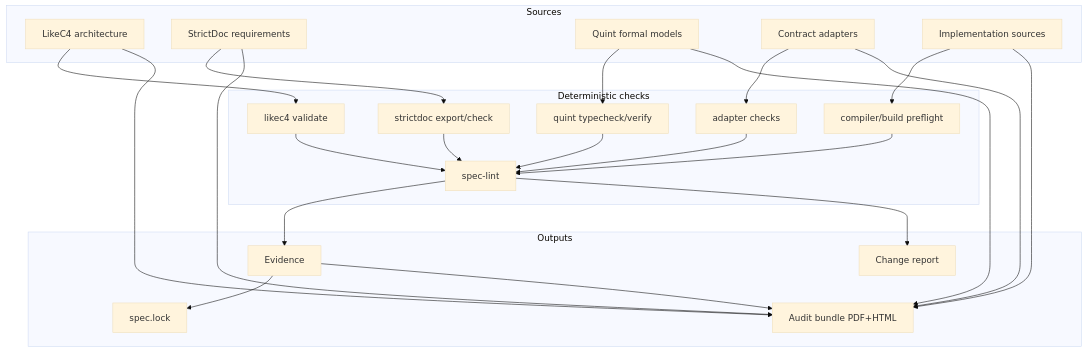
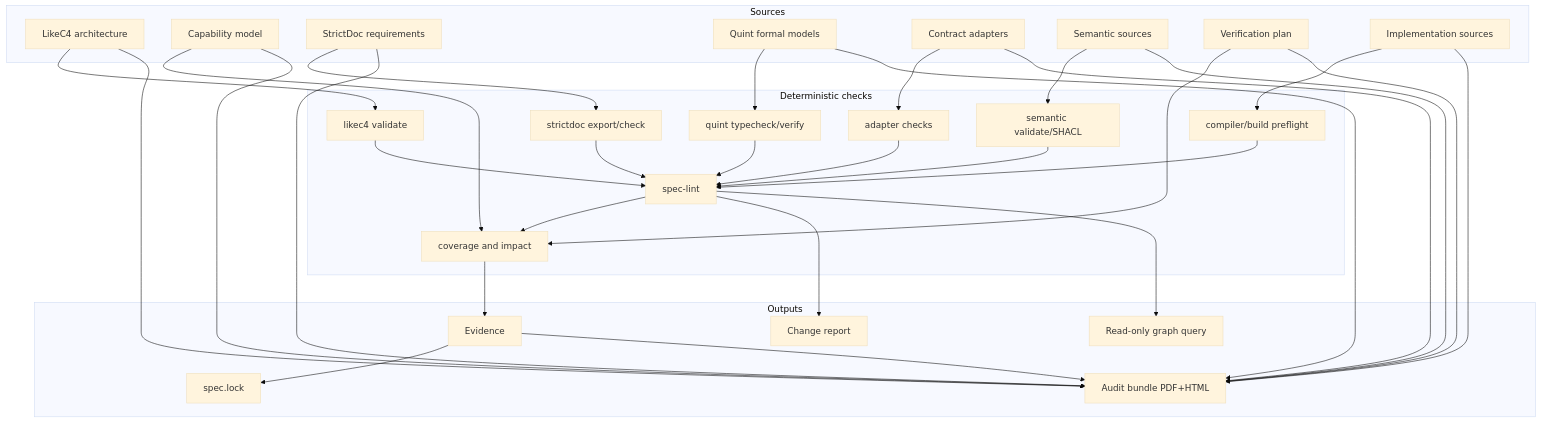
One commit to joaosimsic/spec-framework changed the first of 2 diagrams in docs/architecture/overview.md. Above: the diagram before and after it, drawn with Mermaid (base theme). The commit also changed other lines of this file and 40 other files, not shown here.

````diff
--- a/docs/architecture/overview.md
+++ b/docs/architecture/overview.md
@@ -5,43 +5,58 @@
 ```mermaid
 flowchart TB
     subgraph Sources
         A[LikeC4 architecture]
+        G[Capability model]
         B[StrictDoc requirements]
         C[Quint formal models]
         D[Contract adapters]
+        M[Semantic sources]
+        W[Verification plan]
         I[Implementation sources]
     end
     subgraph Deterministic checks
         L[spec-lint]
         V[likec4 validate]
         S[strictdoc export/check]
         Q[quint typecheck/verify]
         P[adapter checks]
+        Y[semantic validate/SHACL]
+        Z[coverage and impact]
         X[compiler/build preflight]
     end
     subgraph Outputs
         E[Evidence]
         K[spec.lock]
         U[Audit bundle PDF+HTML]
         R[Change report]
+        J[Read-only graph query]
     end
     A --> V
     B --> S
     C --> Q
     D --> P
+    M --> Y
+    G --> Z
+    W --> Z
     I --> X
     V --> L
     S --> L
     Q --> L
     P --> L
+    Y --> L
     X --> L
-    L --> E
+    L --> Z
+    Z --> E
     E --> K
     E --> U
     A --> U
     B --> U
     C --> U
     D --> U
+    M --> U
+    G --> U
+    W --> U
     I --> U
     L --> R
+    L --> J
 ```
````
